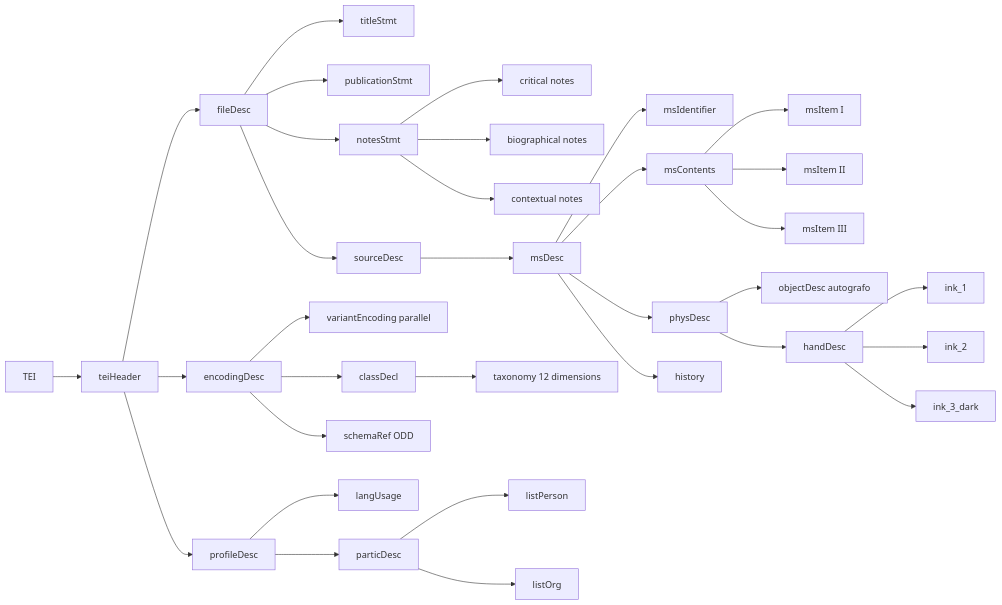
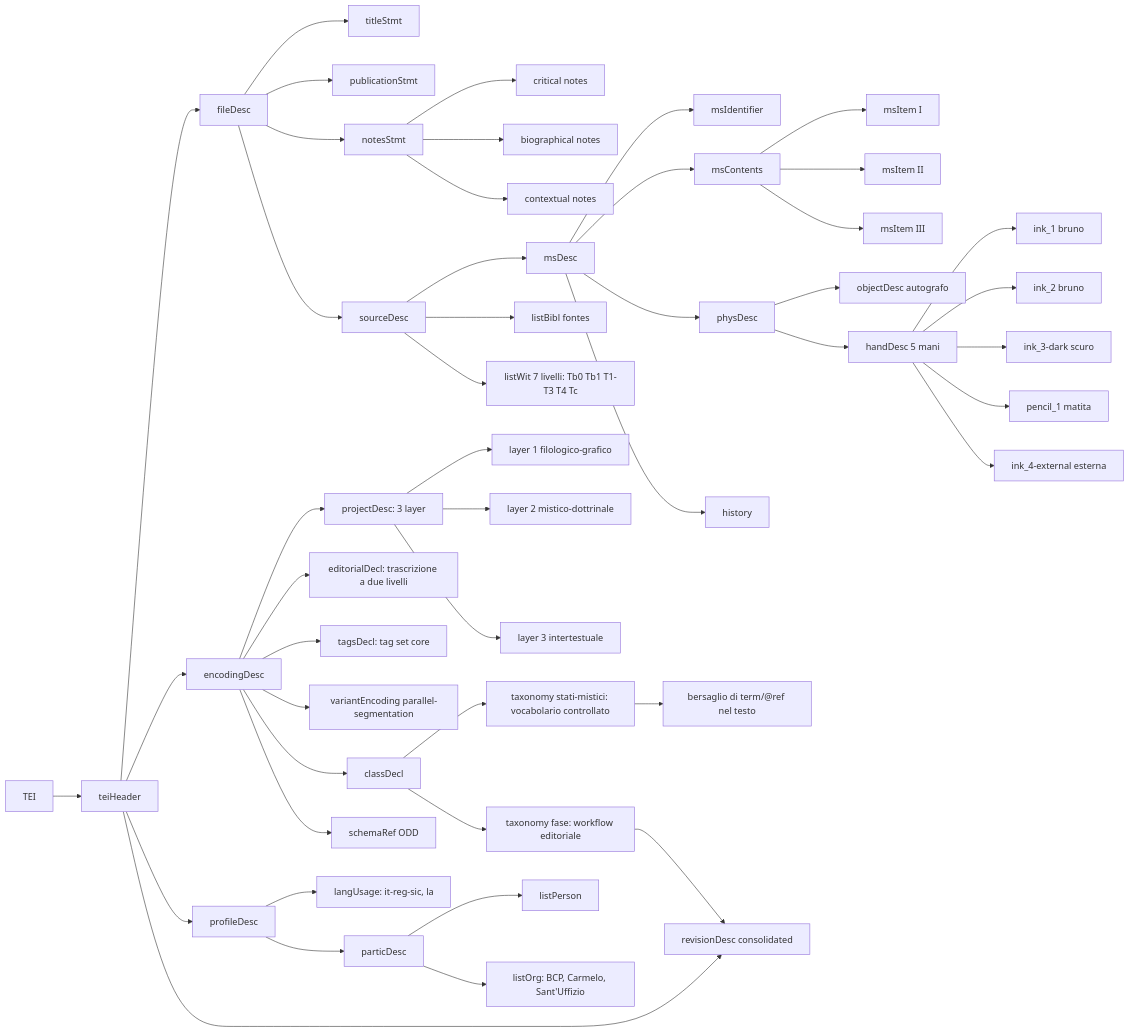
One commit to luciano-longo77/castello-dell-anima-edizione changed the diagram in tei-model/header/diagramma-teiHeader.md. Above: the diagram before and after it, drawn with Mermaid. The commit also changed 2 other files, not shown here.

Commit message:
Consolida il modello del teiHeader sul profilo leggero a tre layer
Allinea lo scheletro astratto del teiHeader e la sua documentazione al
modello canonico dichiarato nel README del MC-1, risolvendo i
disallineamenti fra scheletro, README e diagramma.

- handDesc: cinque mani (aggiunta pencil_1, a matita) coerenti con la
  stratificazione genetica Tb0-T4
- listWit: sette livelli espliciti (Tb0, Tb1, T1-T3, T4, Tc), incluso il
  testo critico costituito txt-c richiamato da <lem wit="#txt-c">
- classDecl: sostituite le tassonomie multiassiali con il solo
  vocabolario controllato stati-mistici piu' la tassonomia di lavoro fase
- rimossi indice d'impatto, @ana e segmentazione interpretativa
  (seg/figure/interp), la cui sede resta il repo castello-anima-TEI-IA
- tagsDecl: tag set core raggruppato per i tre layer
- listBibl type="fontes" e listOrg (BCP, Carmelo, Sant'Uffizio) espliciti
- diagramma e README riscritti in coerenza con il modello a tre layer

Claude-Session: https://claude.ai/code/session_01F7BJg7tvTeCyHYcn3HxfuB

````diff
--- a/tei-model/header/diagramma-teiHeader.md
+++ b/tei-model/header/diagramma-teiHeader.md
@@ -1,62 +1,78 @@
 ```mermaid
 graph LR
 
   %% ===== ROOT =====
   TEI --> H[teiHeader]
 
   %% ===== HEADER BLOCS =====
   H --> FD[fileDesc]
   H --> ED[encodingDesc]
   H --> PD[profileDesc]
+  H --> RD[revisionDesc consolidated]
 
   %% =====================================================
   %% FILEDESC
   %% =====================================================
   FD --> TS[titleStmt]
   FD --> PS[publicationStmt]
   FD --> NS[notesStmt]
   FD --> SD[sourceDesc]
 
   NS --> CRIT[critical notes]
   NS --> BIO[biographical notes]
   NS --> CTX[contextual notes]
 
   %% =====================================================
   %% SOURCEDESC / MSDESC
   %% =====================================================
   SD --> MSD[msDesc]
+  SD --> LBF[listBibl fontes]
+  SD --> LW[listWit 7 livelli: Tb0 Tb1 T1-T3 T4 Tc]
 
   MSD --> ID[msIdentifier]
   MSD --> MC[msContents]
   MSD --> PHY[physDesc]
   MSD --> HIS[history]
 
   MC --> I1[msItem I]
   MC --> I2[msItem II]
   MC --> I3[msItem III]
 
   PHY --> OBJ[objectDesc autografo]
-  PHY --> HD[handDesc]
+  PHY --> HD[handDesc 5 mani]
 
-  HD --> H1[ink_1]
-  HD --> H2[ink_2]
-  HD --> H3[ink_3_dark]
+  HD --> H1[ink_1 bruno]
+  HD --> H2[ink_2 bruno]
+  HD --> H3[ink_3-dark scuro]
+  HD --> H4[pencil_1 matita]
+  HD --> H5[ink_4-external esterna]
 
   %% =====================================================
-  %% ENCODINGDESC
+  %% ENCODINGDESC  (modello a tre layer)
   %% =====================================================
-  ED --> VAR[variantEncoding parallel]
+  ED --> PJ[projectDesc: 3 layer]
+  ED --> EDCL[editorialDecl: trascrizione a due livelli]
+  ED --> TG[tagsDecl: tag set core]
+  ED --> VAR[variantEncoding parallel-segmentation]
   ED --> CLS[classDecl]
   ED --> SCH[schemaRef ODD]
 
-  CLS --> TAX[taxonomy 12 dimensions]
+  PJ --> L1[layer 1 filologico-grafico]
+  PJ --> L2[layer 2 mistico-dottrinale]
+  PJ --> L3[layer 3 intertestuale]
+
+  CLS --> TAX[taxonomy stati-mistici: vocabolario controllato]
+  CLS --> FASE[taxonomy fase: workflow editoriale]
+
+  TAX --> TREF[bersaglio di term/@ref nel testo]
+  FASE --> RD
 
   %% =====================================================
   %% PROFILEDESC
   %% =====================================================
-  PD --> LANG[langUsage]
+  PD --> LANG[langUsage: it-reg-sic, la]
   PD --> PART[particDesc]
 
   PART --> PER[listPerson]
-  PART --> ORG[listOrg]
+  PART --> ORG[listOrg: BCP, Carmelo, Sant'Uffizio]
 ```
````
